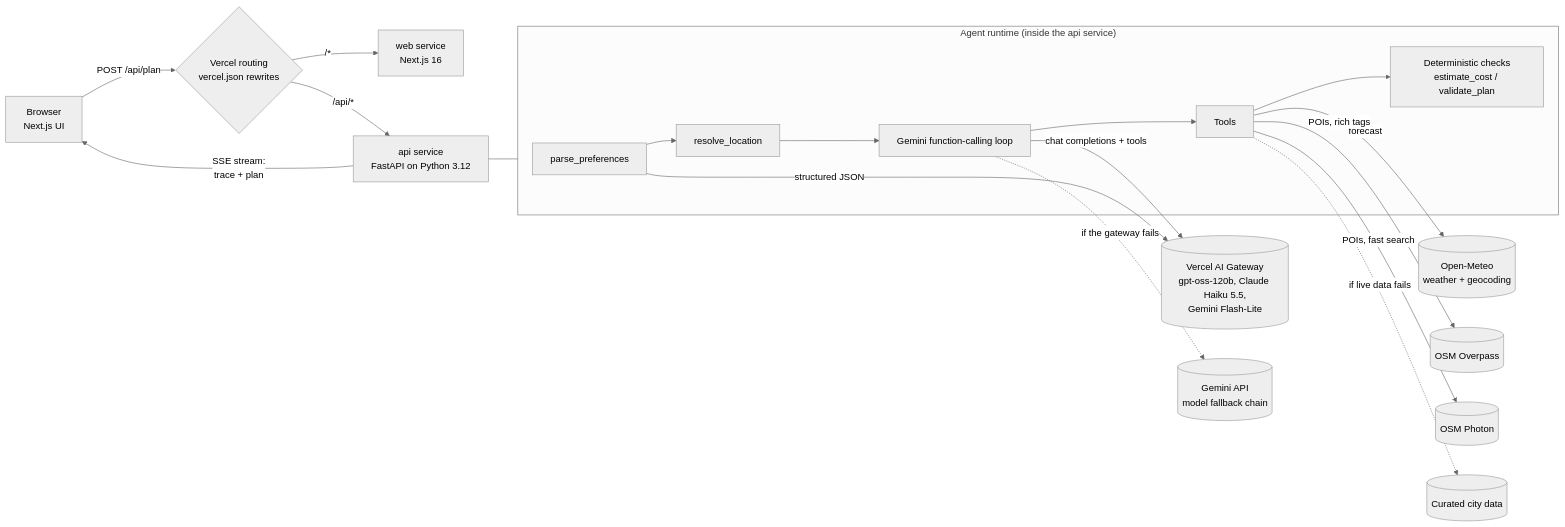
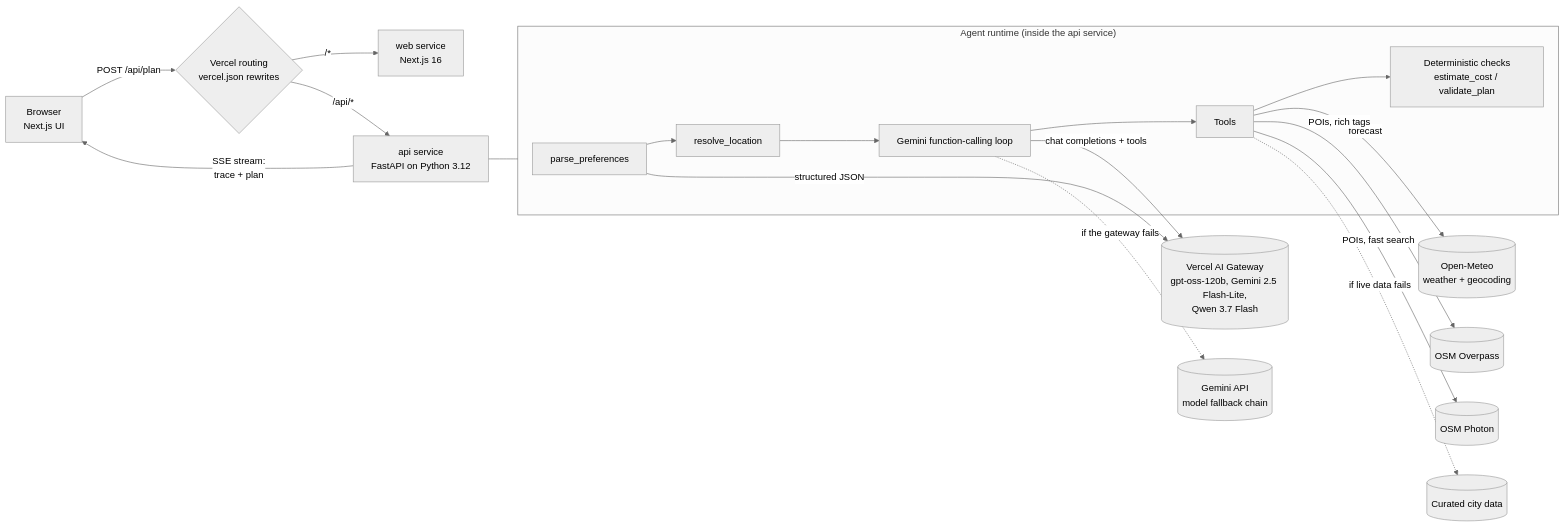
One commit to valayash/perfect-saturday-planner changed the first of 4 diagrams in docs/SYSTEM_DESIGN.md. Above: the diagram before and after it, drawn with Mermaid (neutral theme). The commit also changed other lines of this file and 3 other files, not shown here.

````diff
--- a/docs/SYSTEM_DESIGN.md
+++ b/docs/SYSTEM_DESIGN.md
@@ -26,22 +26,22 @@
 ```mermaid
 flowchart LR
     U["Browser<br/>Next.js UI"] -- "POST /api/plan" --> R{"Vercel routing<br/>vercel.json rewrites"}
     R -- "/*" --> W["web service<br/>Next.js 16"]
     R -- "/api/*" --> A["api service<br/>FastAPI on Python 3.12"]
     A -- "SSE stream:<br/>trace + plan" --> U
 
     subgraph Agent["Agent runtime (inside the api service)"]
         P["parse_preferences"] --> L["resolve_location"] --> LOOP["Gemini function-calling loop"]
         LOOP --> T["Tools"]
         T --> V["Deterministic checks<br/>estimate_cost / validate_plan"]
     end
     A --- Agent
 
-    LOOP -- "chat completions + tools" --> GW[("Vercel AI Gateway<br/>gpt-oss-120b, Claude Haiku 5.5,<br/>Gemini Flash-Lite")]
+    LOOP -- "chat completions + tools" --> GW[("Vercel AI Gateway<br/>gpt-oss-120b, Gemini 2.5 Flash-Lite,<br/>Qwen 3.7 Flash")]
     LOOP -. "if the gateway fails" .-> G[("Gemini API<br/>model fallback chain")]
     P -- "structured JSON" --> GW
     T -- "forecast" --> OM[("Open-Meteo<br/>weather + geocoding")]
     T -- "POIs, rich tags" --> OP[("OSM Overpass")]
     T -- "POIs, fast search" --> PH[("OSM Photon")]
     T -. "if live data fails" .-> CU[("Curated city data")]
 ```
````
